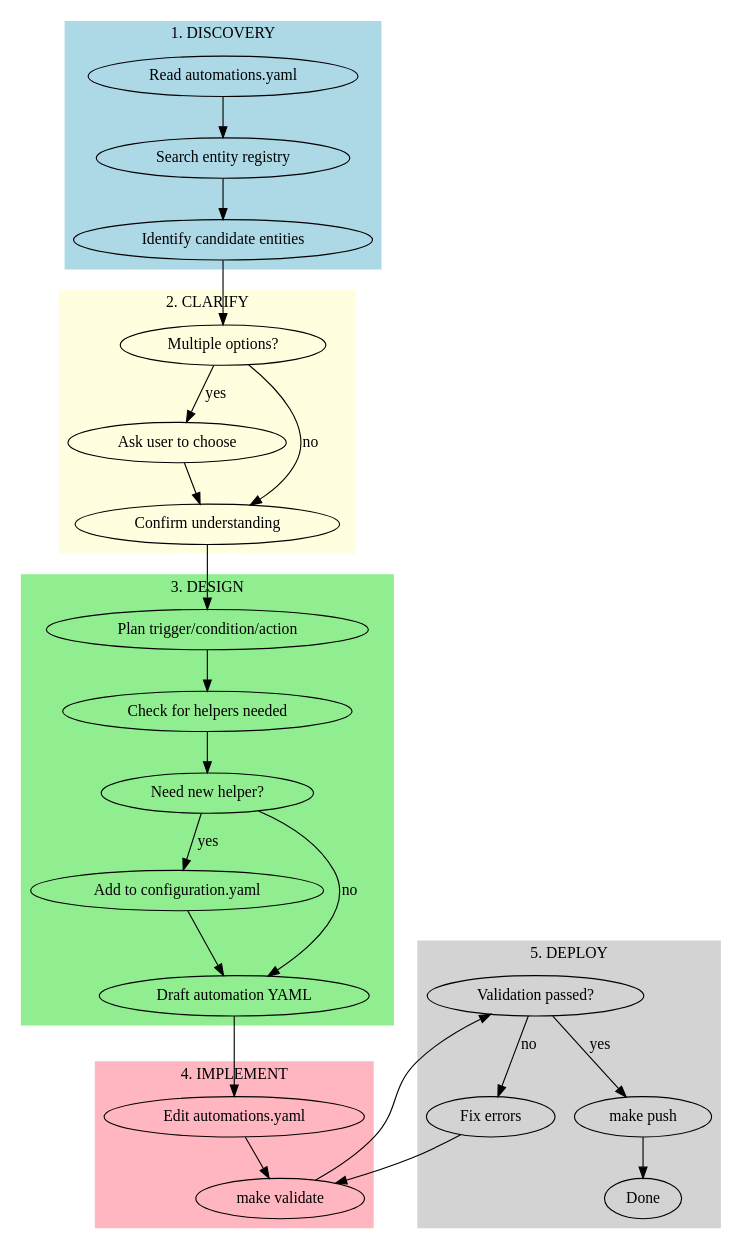
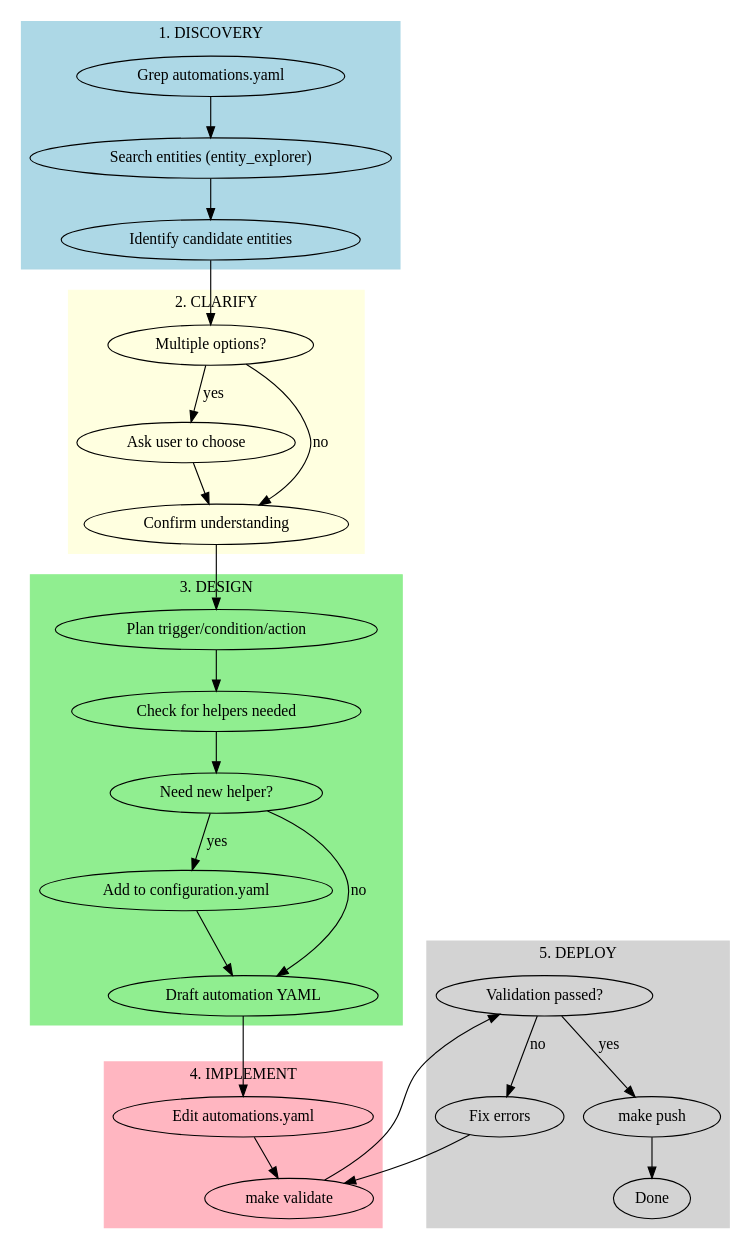
The diagram in .claude-code/plugins/home-assistant/skills/home-assistant-automation/SKILL.md (stephenwong/ai-homeassistant), drawn with Graphviz before and after one commit. The commit also changed other lines of this file, not shown here.

````diff
--- a/.claude-code/plugins/home-assistant/skills/home-assistant-automation/SKILL.md
+++ b/.claude-code/plugins/home-assistant/skills/home-assistant-automation/SKILL.md
@@ -27,54 +39,54 @@
 ```dot
 digraph automation_flow {
     rankdir=TB;
 
     subgraph cluster_discovery {
         label="1. DISCOVERY";
         style=filled;
         color=lightblue;
-        "Read automations.yaml" -> "Search entity registry";
-        "Search entity registry" -> "Identify candidate entities";
+        "Grep automations.yaml" -> "Search entities (entity_explorer)";
+        "Search entities (entity_explorer)" -> "Identify candidate entities";
     }
 
     subgraph cluster_clarify {
         label="2. CLARIFY";
         style=filled;
         color=lightyellow;
         "Identify candidate entities" -> "Multiple options?";
         "Multiple options?" -> "Ask user to choose" [label="yes"];
         "Multiple options?" -> "Confirm understanding" [label="no"];
         "Ask user to choose" -> "Confirm understanding";
     }
 
     subgraph cluster_design {
         label="3. DESIGN";
         style=filled;
         color=lightgreen;
         "Confirm understanding" -> "Plan trigger/condition/action";
         "Plan trigger/condition/action" -> "Check for helpers needed";
         "Check for helpers needed" -> "Need new helper?" [shape=diamond];
         "Need new helper?" -> "Add to configuration.yaml" [label="yes"];
         "Need new helper?" -> "Draft automation YAML" [label="no"];
         "Add to configuration.yaml" -> "Draft automation YAML";
     }
 
     subgraph cluster_implement {
         label="4. IMPLEMENT";
         style=filled;
         color=lightpink;
         "Draft automation YAML" -> "Edit automations.yaml";
         "Edit automations.yaml" -> "make validate";
     }
 
     subgraph cluster_deploy {
         label="5. DEPLOY";
         style=filled;
         color=lightgray;
         "make validate" -> "Validation passed?";
         "Validation passed?" -> "make push" [label="yes"];
         "Validation passed?" -> "Fix errors" [label="no"];
         "Fix errors" -> "make validate";
         "make push" -> "Done";
     }
 }
 ```
````
